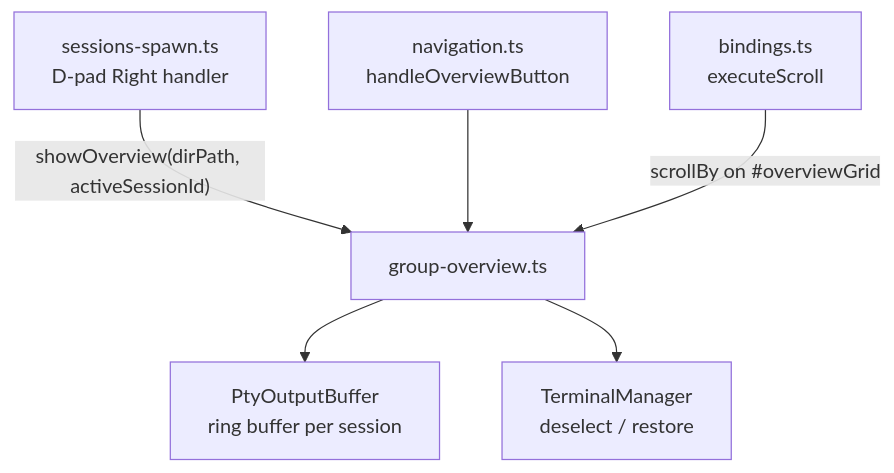
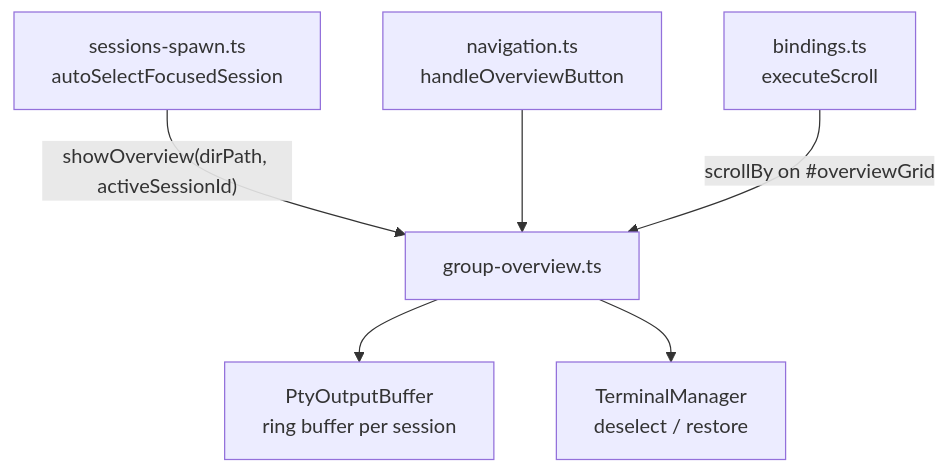
The second of 2 diagrams in docs/group-overview.md (PetePeter/gamepad-cli-hub), drawn with Mermaid before and after one commit. The commit also changed other lines of this file and 1 other file, not shown here.

First line of the commit message:
docs: update overview entry/exit docs for auto-open behavior

````diff
--- a/docs/group-overview.md
+++ b/docs/group-overview.md
@@ -66,8 +66,8 @@
 ```mermaid
 graph TB
-    SO[sessions-spawn.ts<br>D-pad Right handler] -->|"showOverview(dirPath, activeSessionId)"| GO[group-overview.ts]
+    SO[sessions-spawn.ts<br>autoSelectFocusedSession] -->|"showOverview(dirPath, activeSessionId)"| GO[group-overview.ts]
     GO --> OB[PtyOutputBuffer<br>ring buffer per session]
     GO --> TM[TerminalManager<br>deselect / restore]
     NAV[navigation.ts<br>handleOverviewButton] --> GO
     BIND[bindings.ts<br>executeScroll] -->|"scrollBy on #overviewGrid"| GO
 ```
````
